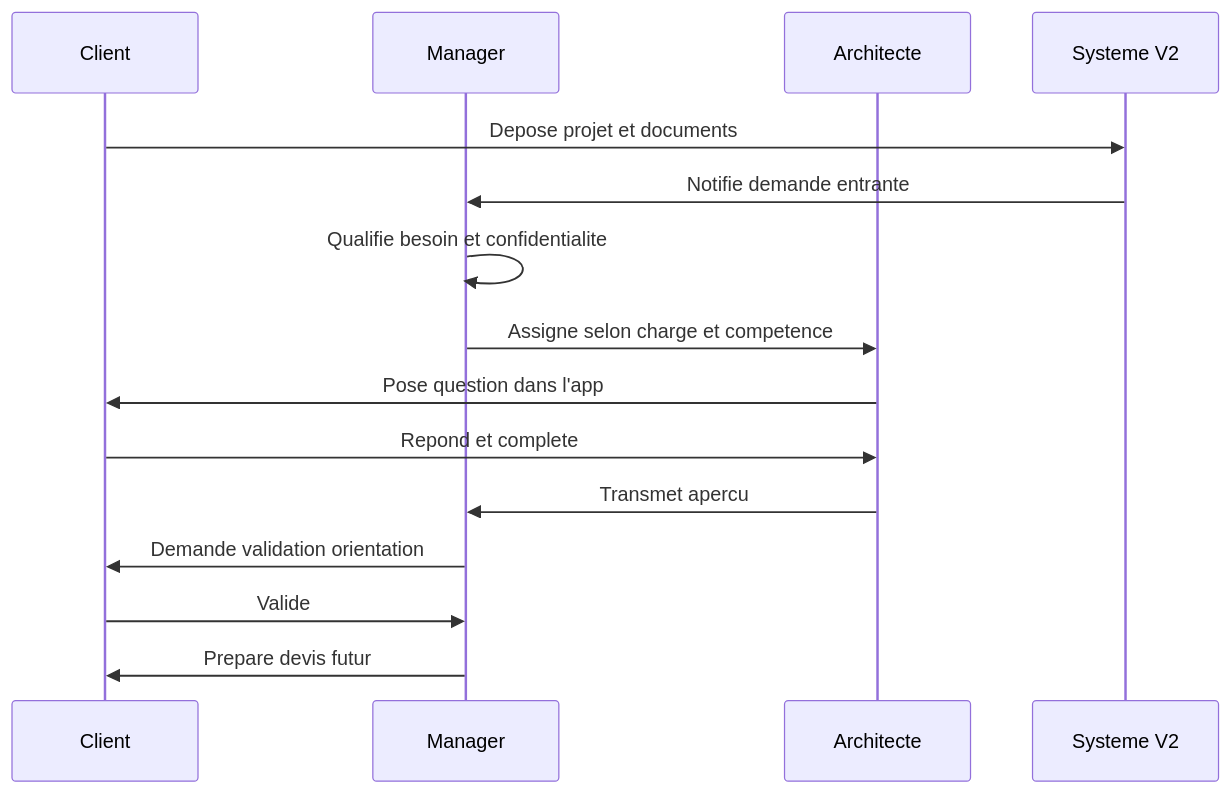
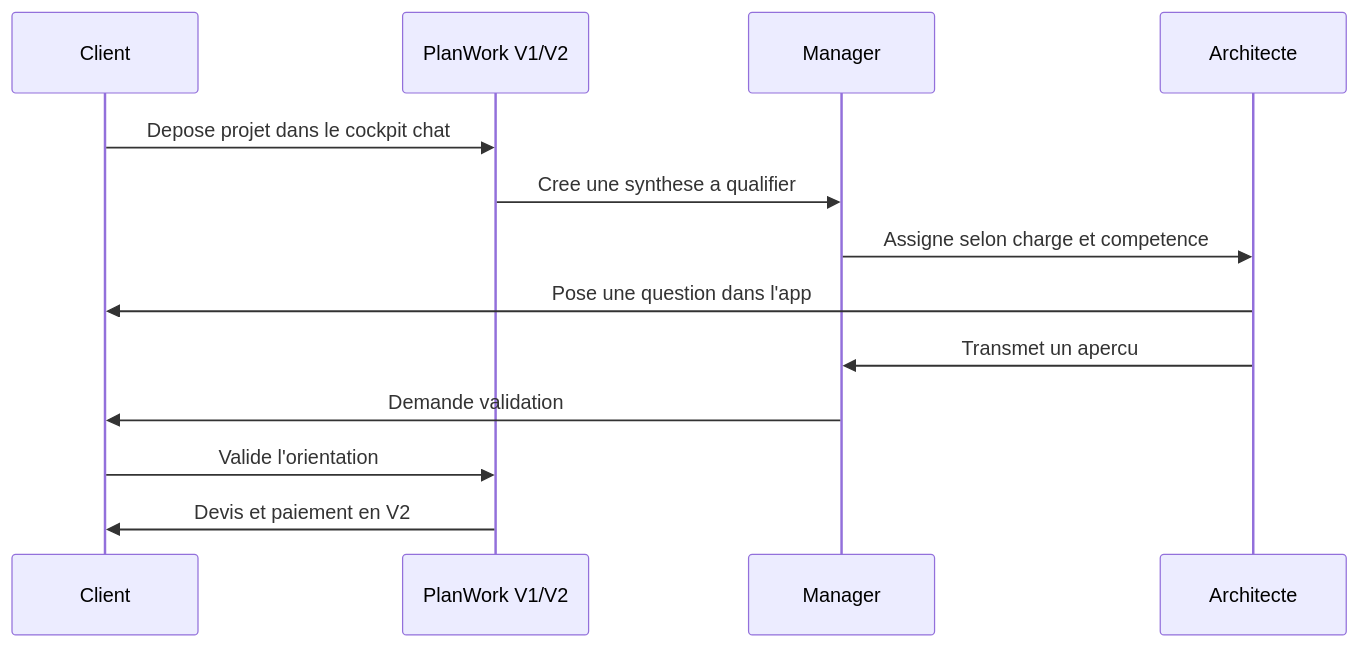
Before and after one commit to RAYAN-DOB/vellum: the second of 3 diagrams in docs/workflow.md, drawn with Mermaid. The commit also changed other lines of this file and 42 other files, not shown here.

Commit message:
Rebuild visual identity with architectural premium UI

````diff
--- a/docs/workflow.md
+++ b/docs/workflow.md
@@ -20,17 +21,15 @@
 ```mermaid
 sequenceDiagram
   participant C as Client
+  participant App as PlanWork V1/V2
   participant M as Manager
   participant A as Architecte
-  participant S as Systeme V2
-  C->>S: Depose projet et documents
-  S->>M: Notifie demande entrante
-  M->>M: Qualifie besoin et confidentialite
+  C->>App: Depose projet dans le cockpit chat
+  App->>M: Cree une synthese a qualifier
   M->>A: Assigne selon charge et competence
-  A->>C: Pose question dans l'app
-  C->>A: Repond et complete
-  A->>M: Transmet apercu
-  M->>C: Demande validation orientation
-  C->>M: Valide
-  M->>C: Prepare devis futur
+  A->>C: Pose une question dans l'app
+  A->>M: Transmet un apercu
+  M->>C: Demande validation
+  C->>App: Valide l'orientation
+  App->>C: Devis et paiement en V2
 ```
````
